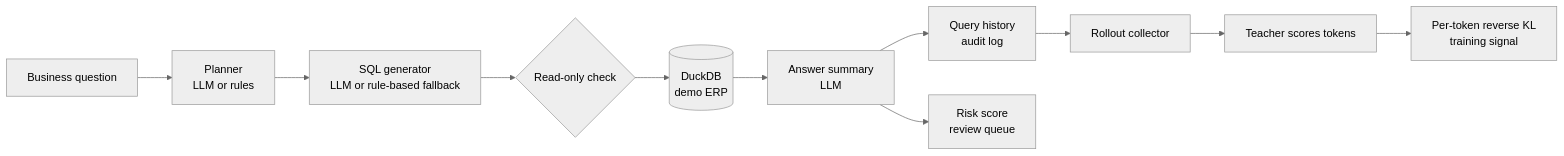
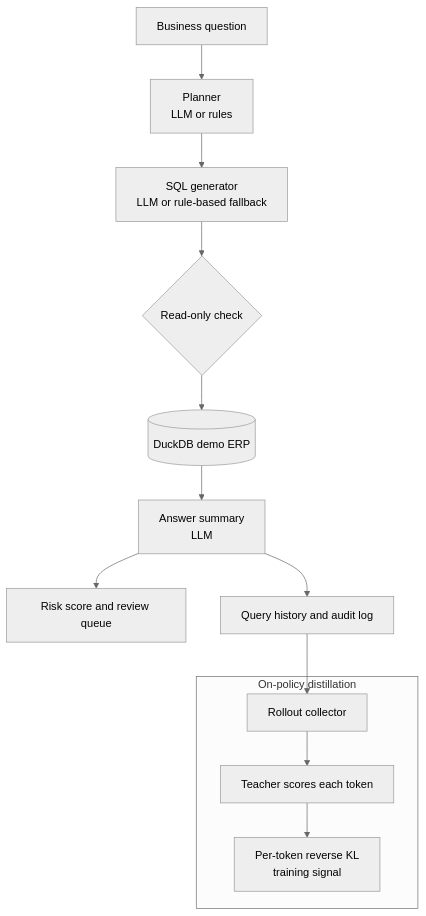
Before and after one commit to stanislavli3/sputnik: the diagram in README.md, drawn with Mermaid (neutral theme).

Commit message:
Docs: make README diagram readable

````diff
--- a/README.md
+++ b/README.md
@@ -20,13 +20,15 @@
 ```mermaid
-flowchart LR
+flowchart TD
     Q[Business question] --> P[Planner<br/>LLM or rules]
     P --> G[SQL generator<br/>LLM or rule-based fallback]
     G --> V{Read-only check}
-    V --> E[(DuckDB<br/>demo ERP)]
+    V --> E[(DuckDB demo ERP)]
     E --> A[Answer summary<br/>LLM]
-    A --> H[Query history<br/>audit log]
-    A --> R[Risk score<br/>review queue]
-    H --> C[Rollout collector]
-    C --> T[Teacher scores tokens]
-    T --> K[Per-token reverse KL<br/>training signal]
+    A --> R[Risk score and review queue]
+    A --> H[Query history and audit log]
+    subgraph D[On-policy distillation]
+        C[Rollout collector] --> T[Teacher scores each token]
+        T --> K[Per-token reverse KL<br/>training signal]
+    end
+    H --> C
 ```
````
